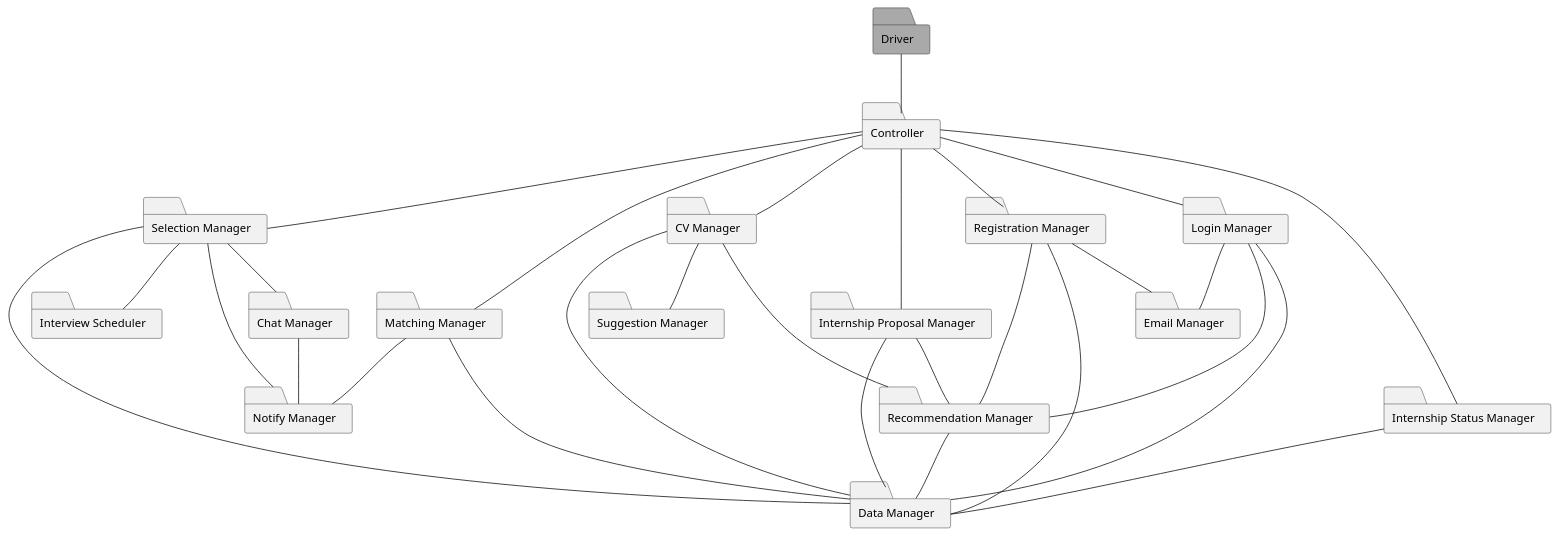
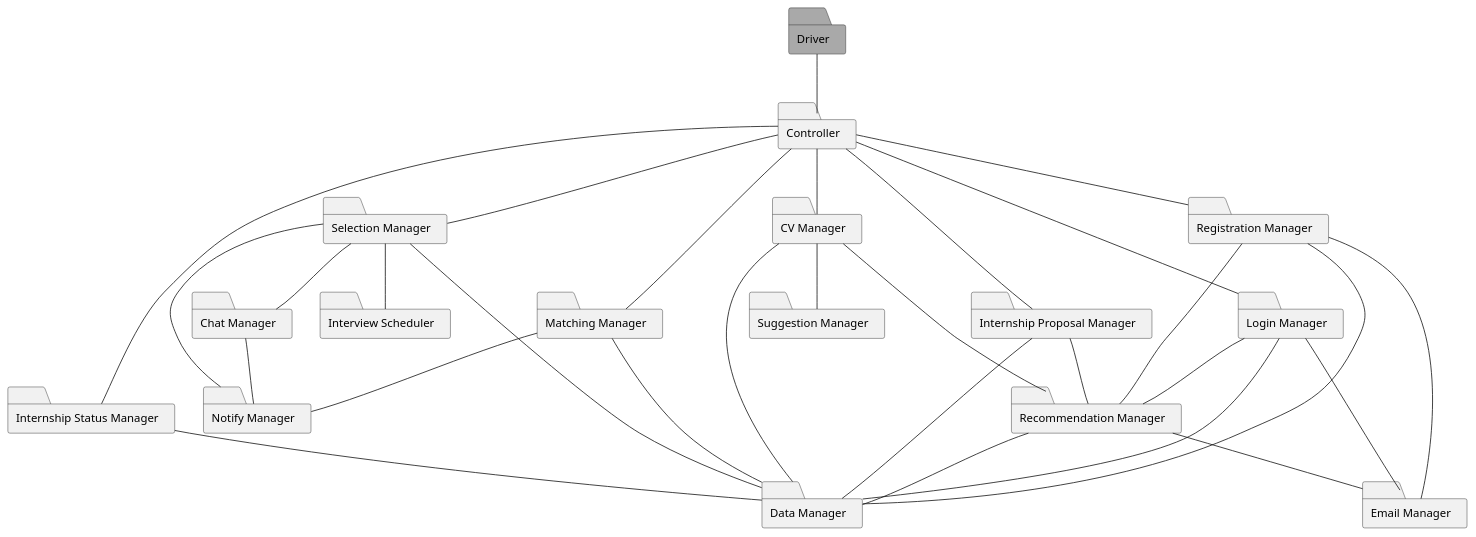
The diagram in DD/Implementation_integration_and_test_plan/uml_diagrams/controller.puml (matti8702/R_and_DD_project_SE2), drawn with PlantUML before and after one commit. The commit also changed 16 other files, not shown here.

```diff
--- a/DD/Implementation_integration_and_test_plan/uml_diagrams/controller.puml
+++ b/DD/Implementation_integration_and_test_plan/uml_diagrams/controller.puml
@@ -1,48 +1,49 @@
 @startuml feat8
 
 folder C as "Controller"
 folder D8 as "Driver" #DarkGray
 folder IM as "Internship Status Manager"
 folder CH as "Chat Manager"
 folder IS as "Interview Scheduler"
 folder SE as "Selection Manager"
 folder IP as "Internship Proposal Manager"
 folder N as "Notify Manager"
 folder M as "Matching Manager"
 folder CV as "CV Manager"
 folder SM as "Suggestion Manager"
 folder RS as "Registration Manager"
 folder L as "Login Manager"
 folder EM as "Email Manager"
 folder RM as "Recommendation Manager"
 folder DM as "Data Manager"
 
 D8 -- C
 C  -- IM
 C  -- SE
 C -- IP
 C -- M
 C -- CV
 C -- RS
 C -- L
 IM -- DM
 SE -- IS
 SE -- CH
 CH -- N
 SE -- DM
 SE -- N
 M -- DM
 IP -- DM
 IP -- RM
 M -- N
 CV --- RM
 CV -- DM
 CV -- SM
 L  -- EM
 RS -- EM
 L  -- RM
 RS -- DM 
 L  -- DM
 RS --- RM
+RM -- EM
 RM -- DM
 @enduml
```
